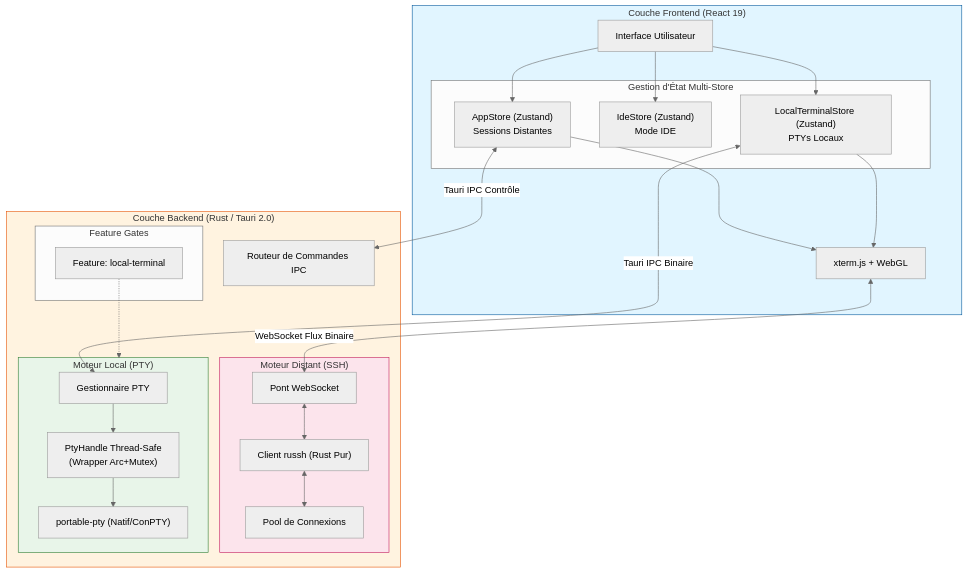
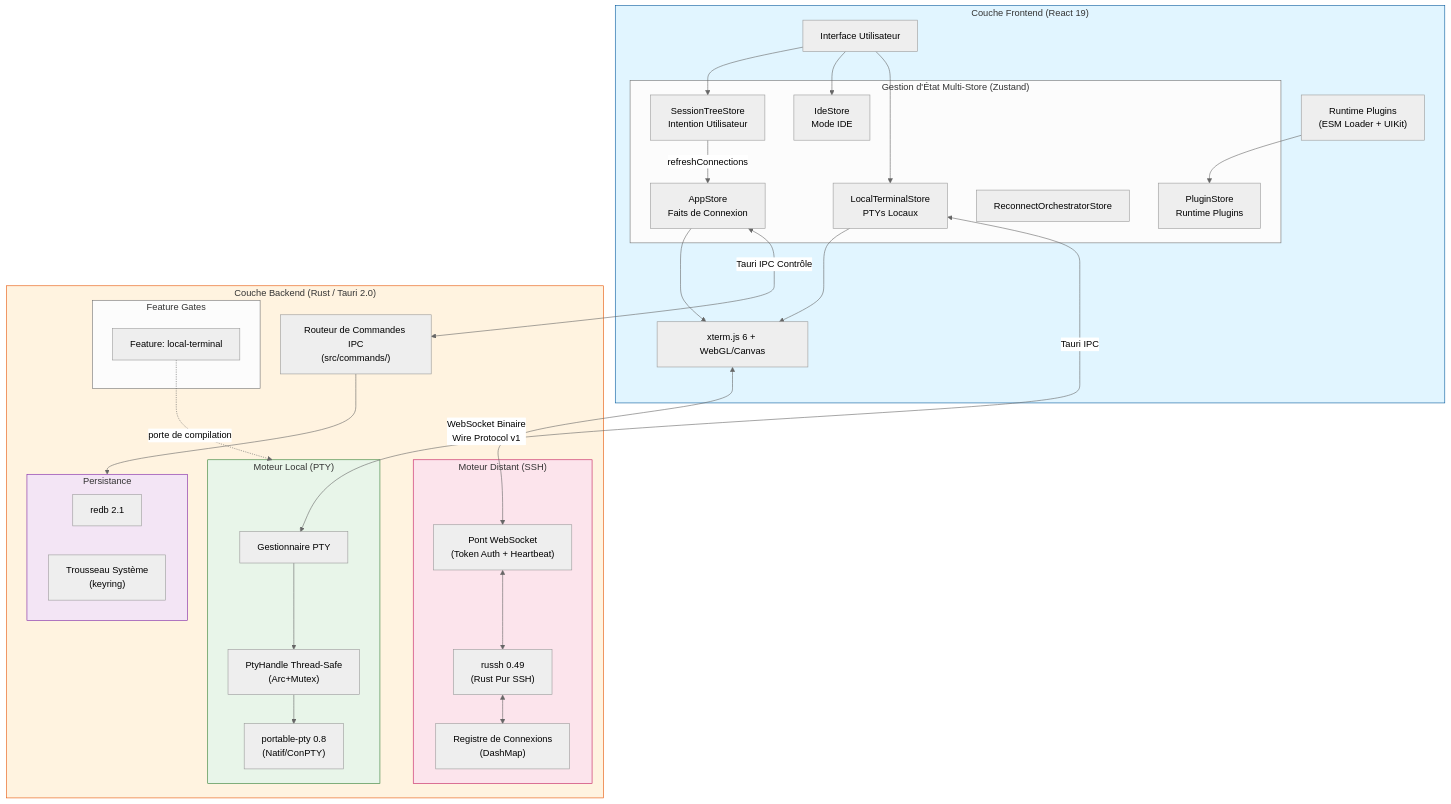
The diagram in README.fr.md (AnalyseDeCircuit/OxideTerm), drawn with Mermaid (neutral theme) before and after one commit. The commit also changed other lines of this file and 13 other files, not shown here.

````diff
--- a/README.fr.md
+++ b/README.fr.md
@@ -55,55 +58,68 @@
 ```mermaid
 flowchart TB
     subgraph Frontend ["Couche Frontend (React 19)"]
         UI[Interface Utilisateur]
-        
-        subgraph Stores ["Gestion d'État Multi-Store"]
-            RemoteStore["AppStore (Zustand)<br/>Sessions Distantes"]
-            IdeStore["IdeStore (Zustand)<br/>Mode IDE"]
-            LocalStore["LocalTerminalStore (Zustand)<br/>PTYs Locaux"]
+
+        subgraph Stores ["Gestion d'État Multi-Store (Zustand)"]
+            TreeStore["SessionTreeStore<br/>Intention Utilisateur"]
+            AppStore["AppStore<br/>Faits de Connexion"]
+            IdeStore["IdeStore<br/>Mode IDE"]
+            LocalStore["LocalTerminalStore<br/>PTYs Locaux"]
+            ReconnectStore["ReconnectOrchestratorStore"]
+            PluginStore["PluginStore<br/>Runtime Plugins"]
         end
-        
-        Terminal["xterm.js + WebGL"]
-        
-        UI --> RemoteStore
+
+        Terminal["xterm.js 6 + WebGL/Canvas"]
+        PluginRT["Runtime Plugins<br/>(ESM Loader + UIKit)"]
+
+        UI --> TreeStore
+        TreeStore -->|refreshConnections| AppStore
         UI --> IdeStore
         UI --> LocalStore
-        RemoteStore --> Terminal
+        AppStore --> Terminal
         LocalStore --> Terminal
+        PluginRT --> PluginStore
     end
 
     subgraph Backend ["Couche Backend (Rust / Tauri 2.0)"]
-        Router["Routeur de Commandes IPC"]
-        
+        Router["Routeur de Commandes IPC<br/>(src/commands/)"]
+
         subgraph Features ["Feature Gates"]
             LocalFeat["Feature: local-terminal"]
         end
 
         subgraph RemoteEngine ["Moteur Distant (SSH)"]
-            WS["Pont WebSocket"]
-            SSH["Client russh (Rust Pur)"]
-            Pool["Pool de Connexions"]
+            WS["Pont WebSocket<br/>(Token Auth + Heartbeat)"]
+            SSH["russh 0.49<br/>(Rust Pur SSH)"]
+            Pool["Registre de Connexions<br/>(DashMap)"]
         end
 
         subgraph LocalEngine ["Moteur Local (PTY)"]
             PtyMgr["Gestionnaire PTY"]
-            PtyHandle["PtyHandle Thread-Safe<br/>(Wrapper Arc+Mutex)"]
-            NativePTY["portable-pty (Natif/ConPTY)"]
+            PtyHandle["PtyHandle Thread-Safe<br/>(Arc+Mutex)"]
+            NativePTY["portable-pty 0.8<br/>(Natif/ConPTY)"]
+        end
+
+        subgraph Storage ["Persistance"]
+            Redb["redb 2.1"]
+            Keychain["Trousseau Système<br/>(keyring)"]
         end
     end
 
     %% Flux de Données
-    LocalStore <-->|Tauri IPC Binaire| PtyMgr
+    LocalStore <-->|Tauri IPC| PtyMgr
     PtyMgr --> PtyHandle --> NativePTY
-    
-    RemoteStore <-->|Tauri IPC Contrôle| Router
-    Terminal <-->|WebSocket Flux Binaire| WS
+
+    AppStore <-->|Tauri IPC Contrôle| Router
+    Terminal <-->|WebSocket Binaire<br/>Wire Protocol v1| WS
     WS <--> SSH <--> Pool
-    
-    LocalFeat -.-> LocalEngine
-    
+
+    Router --> Storage
+    LocalFeat -.->|porte de compilation| LocalEngine
+
     style Frontend fill:#e1f5ff,stroke:#01579b
     style Backend fill:#fff3e0,stroke:#e65100
     style LocalEngine fill:#e8f5e9,stroke:#2e7d32
     style RemoteEngine fill:#fce4ec,stroke:#c2185b
+    style Storage fill:#f3e5f5,stroke:#7b1fa2
 ```
````
